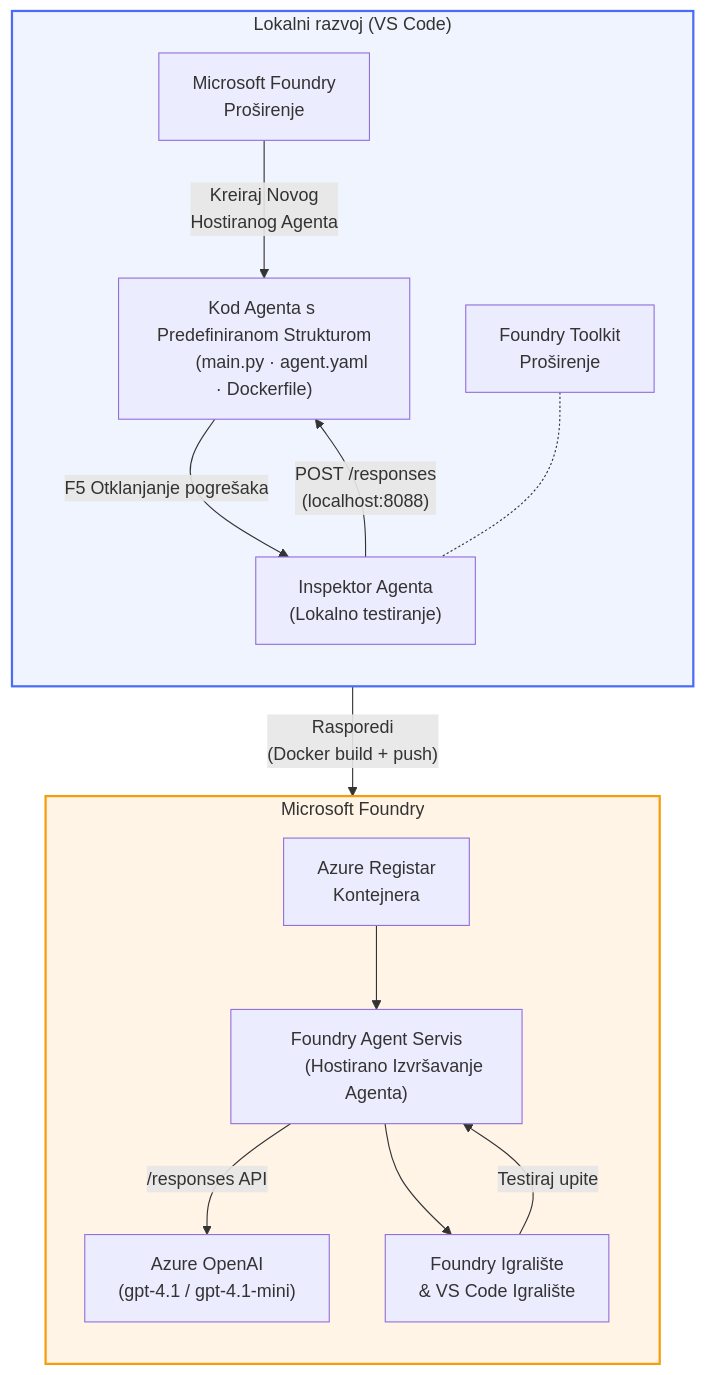
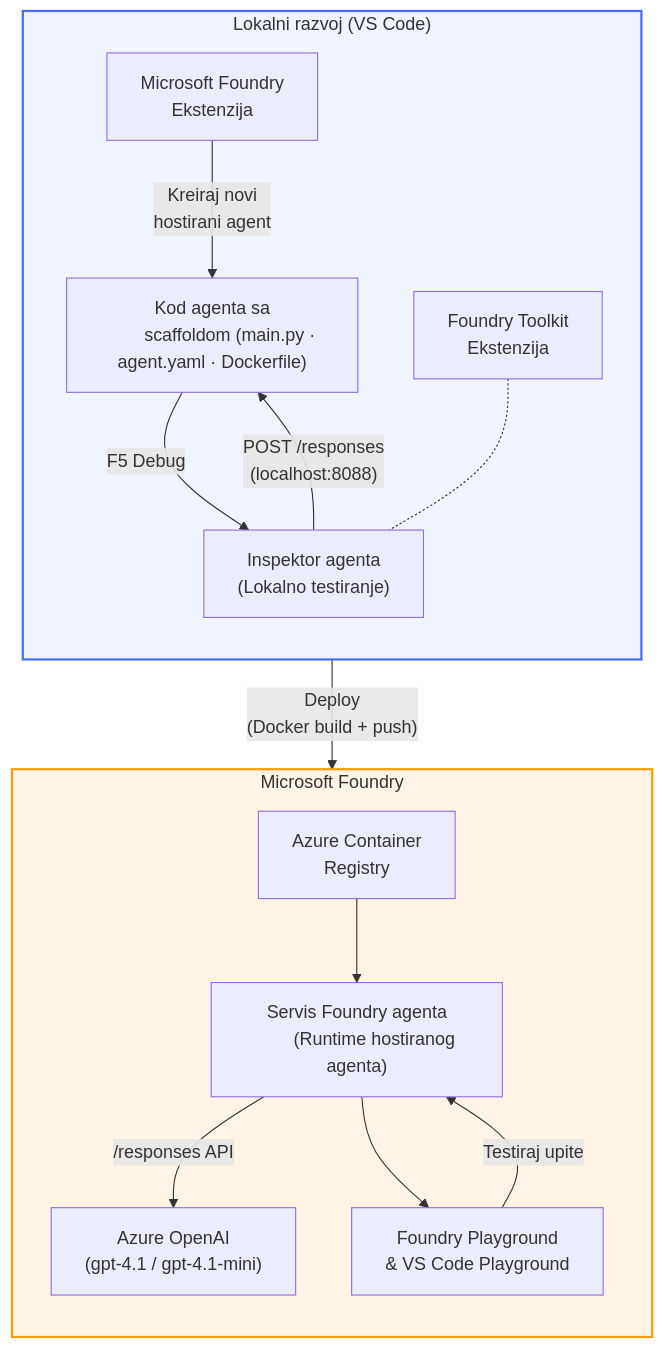
Before and after one commit to microsoft-foundry/Foundry_Toolkit_for_VSCode_Lab: the diagram in translations/hr/README.md, drawn with Mermaid. The commit also changed other lines of this file and 110 other files, not shown here.

````diff
--- a/translations/hr/README.md
+++ b/translations/hr/README.md
@@ -48,42 +52,42 @@
 ```mermaid
 flowchart TB
     subgraph Local["Lokalni razvoj (VS Code)"]
         direction TB
         FE["Microsoft Foundry
-        Proširenje"]
+        Ekstenzija"]
         FoundryToolkit["Foundry Toolkit
-        Proširenje"]
-        Scaffold["Kod Agenta s Predefiniranom Strukturom
-        (main.py · agent.yaml · Dockerfile)"]
-        Inspector["Inspektor Agenta
+        Ekstenzija"]
+        Scaffold["Kod agenta sa
+        scaffoldom (main.py · agent.yaml · Dockerfile)"]
+        Inspector["Inspektor agenta
         (Lokalno testiranje)"]
-        FE -- "Kreiraj Novog
-        Hostiranog Agenta" --> Scaffold
-        Scaffold -- "F5 Otklanjanje pogrešaka" --> Inspector
+        FE -- "Kreiraj novi
+        hostirani agent" --> Scaffold
+        Scaffold -- "F5 Debug" --> Inspector
         FoundryToolkit -.- Inspector
     end
 
     subgraph Cloud["Microsoft Foundry"]
         direction TB
-        ACR["Azure Registar
-        Kontejnera"]
-        AgentService["Foundry Agent Servis
-        (Hostirano Izvršavanje Agenta)"]
+        ACR["Azure Container
+        Registry"]
+        AgentService["Servis Foundry agenta
+        (Runtime hostiranog agenta)"]
         Model["Azure OpenAI
         (gpt-4.1 / gpt-4.1-mini)"]
-        Playground["Foundry Igralište
-        & VS Code Igralište"]
+        Playground["Foundry Playground
+        & VS Code Playground"]
         ACR --> AgentService
         AgentService -- "/responses API" --> Model
         AgentService --> Playground
     end
 
-    Scaffold -- "Rasporedi
+    Scaffold -- "Deploy
     (Docker build + push)" --> ACR
     Inspector -- "POST /responses
     (localhost:8088)" --> Scaffold
     Playground -- "Testiraj upite" --> AgentService
 
     style Local fill:#f0f4ff,stroke:#4a6cf7,stroke-width:2px
     style Cloud fill:#fff4e6,stroke:#f59e0b,stroke-width:2px
 ```
````
